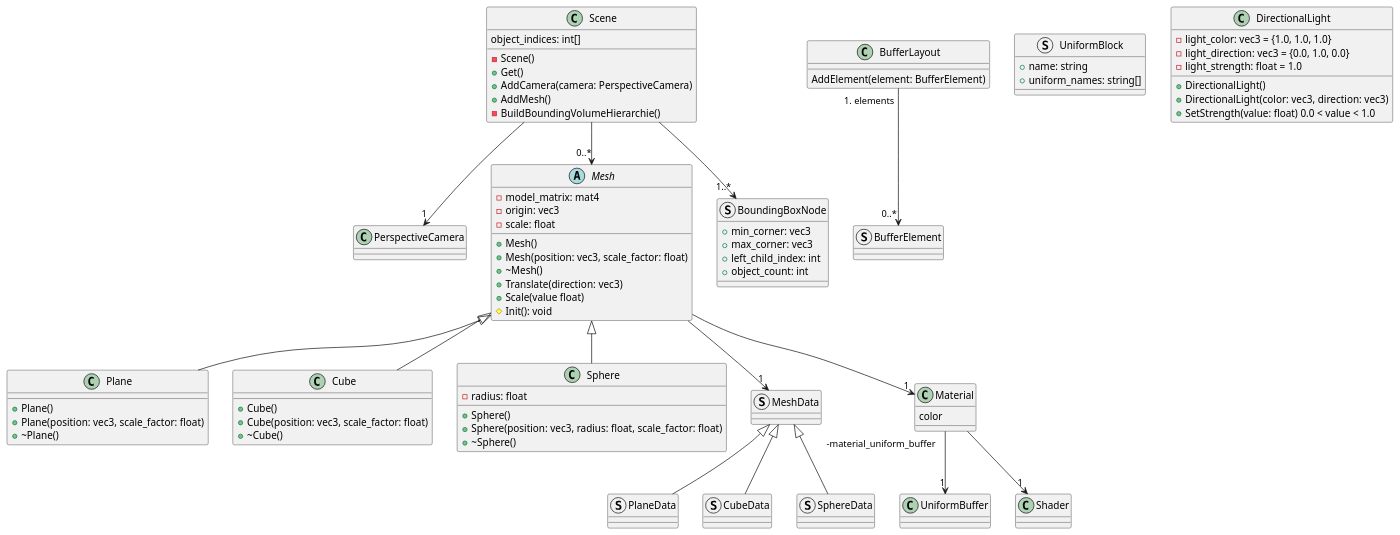
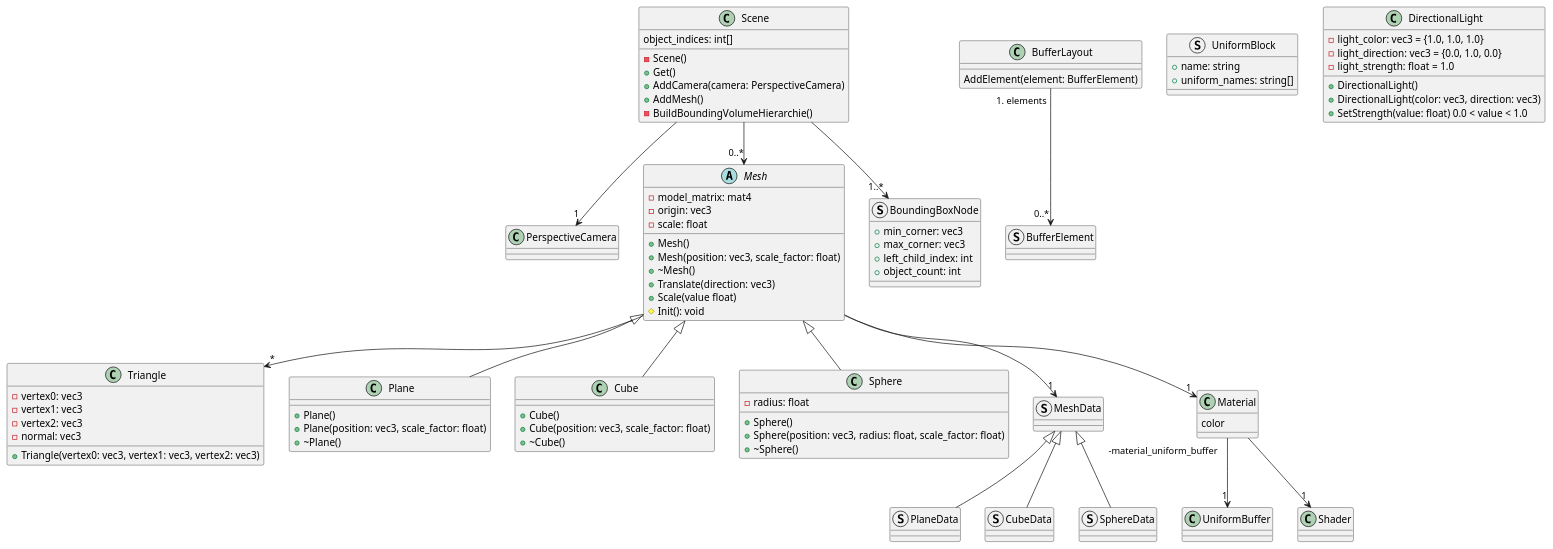
One commit to wolfel1/Raytracy changed the diagram in docs/renderer/src/classes.puml. Above: the diagram before and after it, drawn with PlantUML. The commit also changed 1 other file, not shown here.

Commit message:
triangle class concept

```diff
--- a/docs/renderer/src/classes.puml
+++ b/docs/renderer/src/classes.puml
@@ -1,94 +1,103 @@
 @startuml renderer_classes
 class Scene
 Scene : object_indices: int[]
 Scene : -Scene()
 Scene : +Get()
 Scene : +AddCamera(camera: PerspectiveCamera)
 Scene : +AddMesh()
 Scene : -BuildBoundingVolumeHierarchie()
 
 Scene --> "1" PerspectiveCamera
 Scene --> "0..*" Mesh
 
 class PerspectiveCamera
 
 struct BoundingBoxNode
 BoundingBoxNode : +min_corner: vec3
 BoundingBoxNode : +max_corner: vec3
 BoundingBoxNode : +left_child_index: int
 BoundingBoxNode : +object_count: int
 
 Scene --> "1..*" BoundingBoxNode
 
 abstract Mesh
 Mesh : -model_matrix: mat4
 Mesh : -origin: vec3
 Mesh : -scale: float
 Mesh : +Mesh()
 Mesh : +Mesh(position: vec3, scale_factor: float)
 Mesh : +\~Mesh()
 Mesh : +Translate(direction: vec3)
 Mesh : +Scale(value float)
 Mesh : #Init(): void
+
+class Triangle
+Triangle : -vertex0: vec3
+Triangle : -vertex1: vec3
+Triangle : -vertex2: vec3
+Triangle : -normal: vec3
+Triangle : +Triangle(vertex0: vec3, vertex1: vec3, vertex2: vec3)
+
+Mesh --> "*" Triangle
 
 class Plane
 Plane : +Plane()
 Plane : +Plane(position: vec3, scale_factor: float)
 Plane : +\~Plane()
 
 class Cube
 Cube : +Cube()
 Cube : +Cube(position: vec3, scale_factor: float)
 Cube : +\~Cube()
 
 class Sphere
 Sphere : -radius: float
 Sphere : +Sphere()
 Sphere : +Sphere(position: vec3, radius: float, scale_factor: float)
 Sphere : +\~Sphere()
 
 struct MeshData
 
 struct PlaneData
 
 struct CubeData
 
 struct SphereData
 
 struct BufferElement
 
 class BufferLayout
 BufferLayout : AddElement(element: BufferElement)
 
 struct UniformBlock
 UniformBlock : +name: string
 UniformBlock : +uniform_names: string[]
 
 BufferLayout "#elements" --> "0..*" BufferElement
 
 class UniformBuffer
 
 class DirectionalLight
 DirectionalLight : -light_color: vec3 = {1.0, 1.0, 1.0}
 DirectionalLight : -light_direction: vec3 = {0.0, 1.0, 0.0}
 DirectionalLight : -light_strength: float = 1.0
 DirectionalLight : +DirectionalLight()
 DirectionalLight : +DirectionalLight(color: vec3, direction: vec3)
 DirectionalLight : +SetStrength(value: float) 0.0 < value < 1.0
 
 class Material
 Material : color
 
 Material --> "1" Shader
 Material "-material_uniform_buffer" --> "1" UniformBuffer
 
 Mesh --> "1" MeshData
 Mesh --> "1" Material
 MeshData <|-- PlaneData
 MeshData <|-- CubeData
 MeshData <|-- SphereData
 
 Mesh <|-- Plane
 Mesh <|-- Cube
 Mesh <|-- Sphere
 @enduml
```
